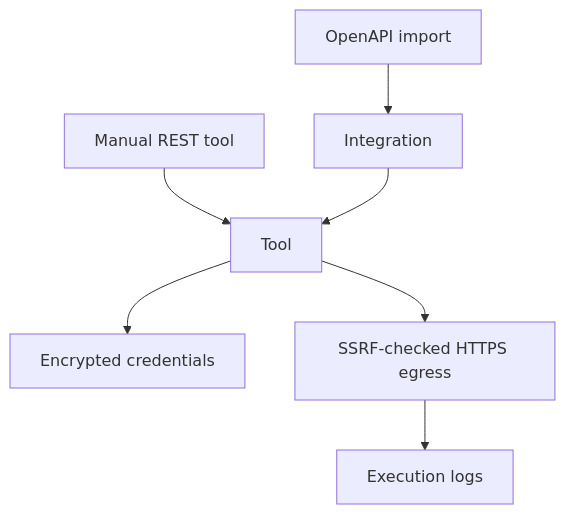
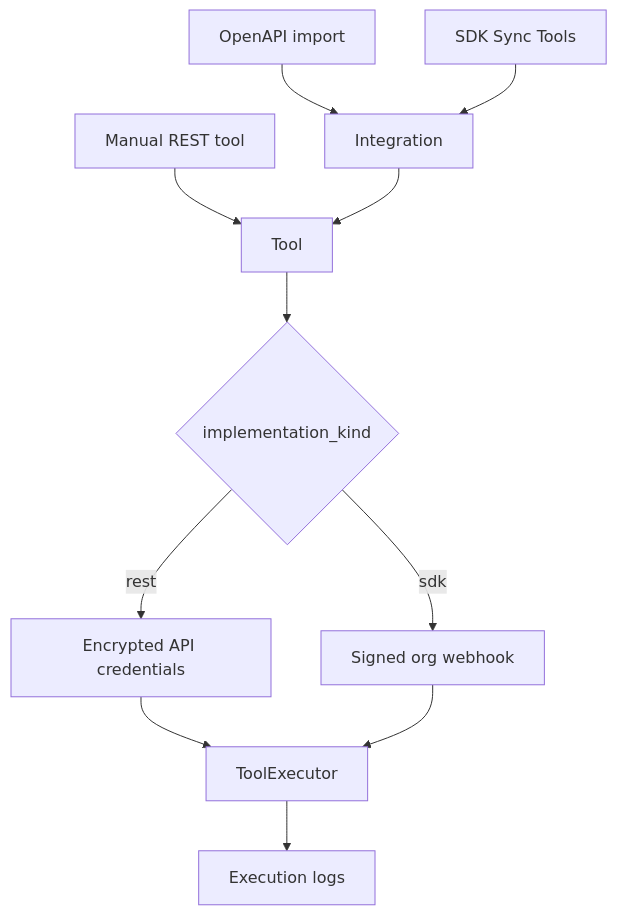
One commit to qefro-ai/qefro-documentation changed the diagram in docs/platform/business-tools.mdx. Above: the diagram before and after it, drawn with Mermaid. The commit also changed other lines of this file and 13 other files, not shown here.

First line of the commit message:
Document registering Business Tools with the backend SDK.

````diff
--- a/docs/platform/business-tools.mdx
+++ b/docs/platform/business-tools.mdx
@@ -72,9 +84,13 @@
 ```mermaid
 flowchart TB
   OpenAPI[OpenAPI import] --> Integration
   REST[Manual REST tool] --> Tool
+  SDK[SDK Sync Tools] --> Integration
   Integration --> Tool
-  Tool --> Secrets[Encrypted credentials]
-  Tool --> Exec[SSRF-checked HTTPS egress]
+  Tool --> Kind{implementation_kind}
+  Kind -->|rest| Secrets[Encrypted API credentials]
+  Kind -->|sdk| Webhook[Signed org webhook]
+  Secrets --> Exec[ToolExecutor]
+  Webhook --> Exec
   Exec --> Logs[Execution logs]
 ```
````
